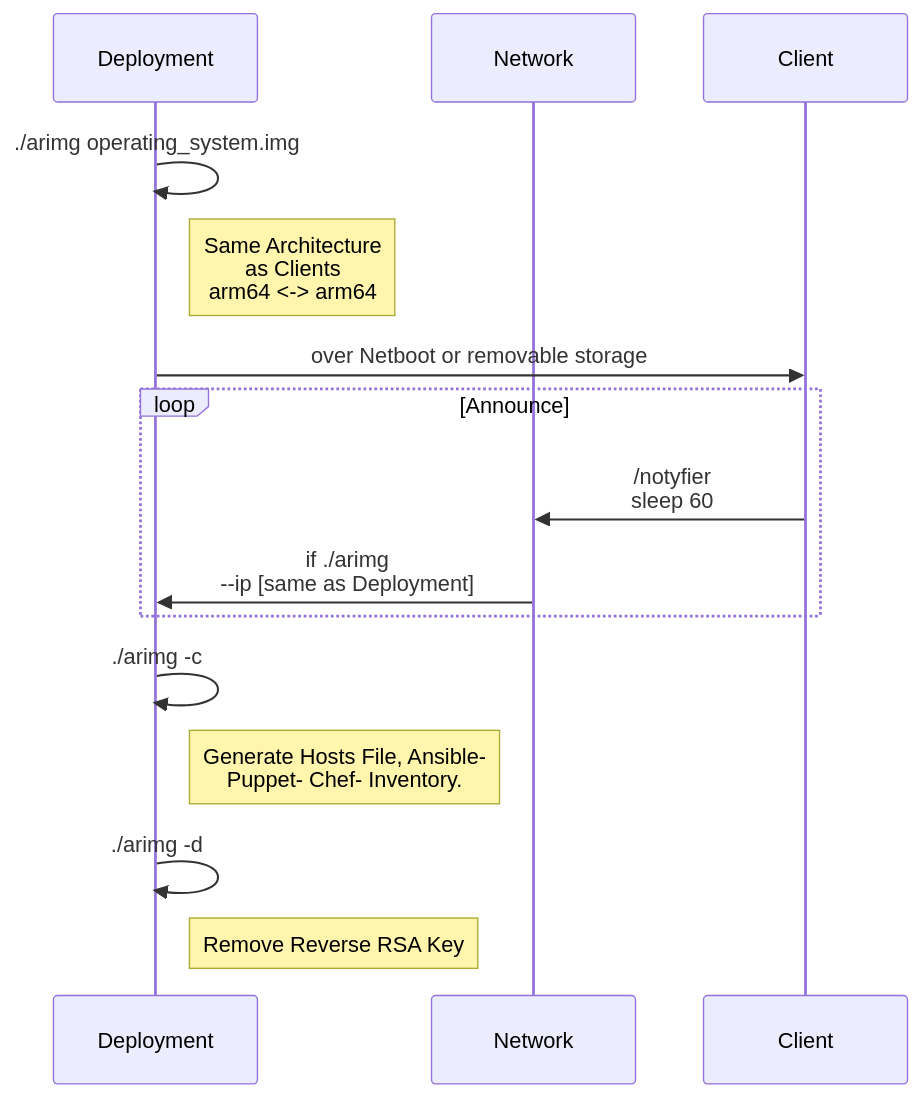
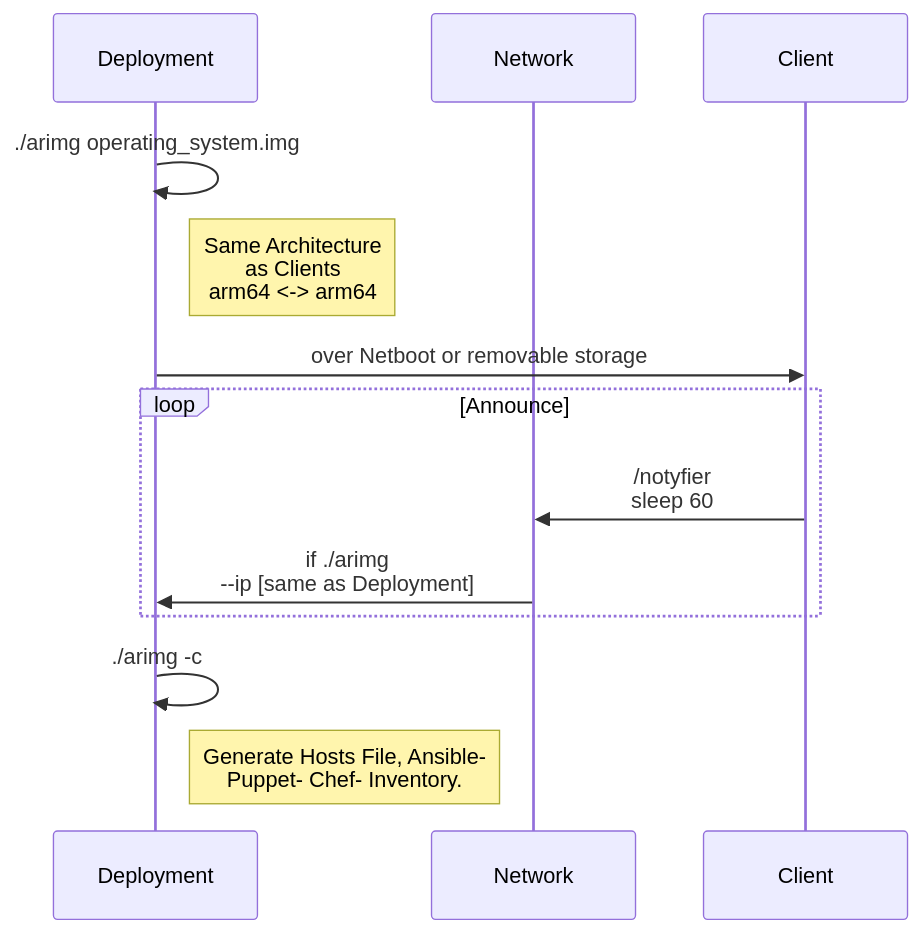
The second of 3 diagrams in chart.md (swaaws/ARiMg), drawn with Mermaid before and after one commit. The commit also changed other lines of this file and 2 other files, not shown here.

````diff
--- a/chart.md
+++ b/chart.md
@@ -25,22 +21,18 @@
 ```mermaid
 sequenceDiagram
     participant Deployment
     participant Network
     participant Client    
 
     Deployment->>Deployment: ./arimg operating_system.img
 
     Note right of Deployment: Same Architecture <br/>as Clients<br/> arm64 <-> arm64
 
     Deployment->>Client: over Netboot or removable storage
     loop Announce
         Client->>Network: /notyfier <br/>sleep 60
         Network->>Deployment: if ./arimg <br/>--ip [same as Deployment]
     end
     Deployment->>Deployment: ./arimg -c
     Note right of Deployment: Generate Hosts File, Ansible- <br/>Puppet- Chef- Inventory.
-
-    Deployment->>Deployment: ./arimg -d
-    Note right of Deployment: Remove Reverse RSA Key
-
 ```
````
